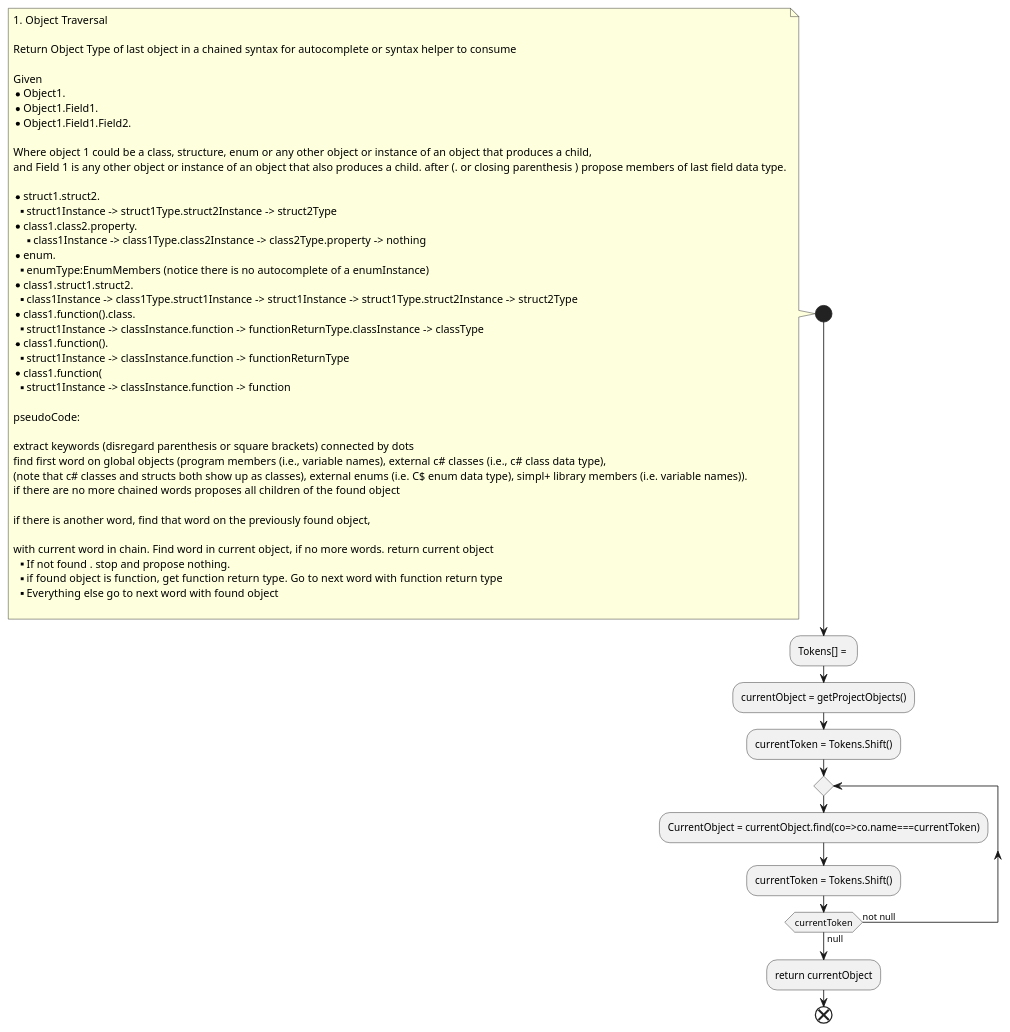
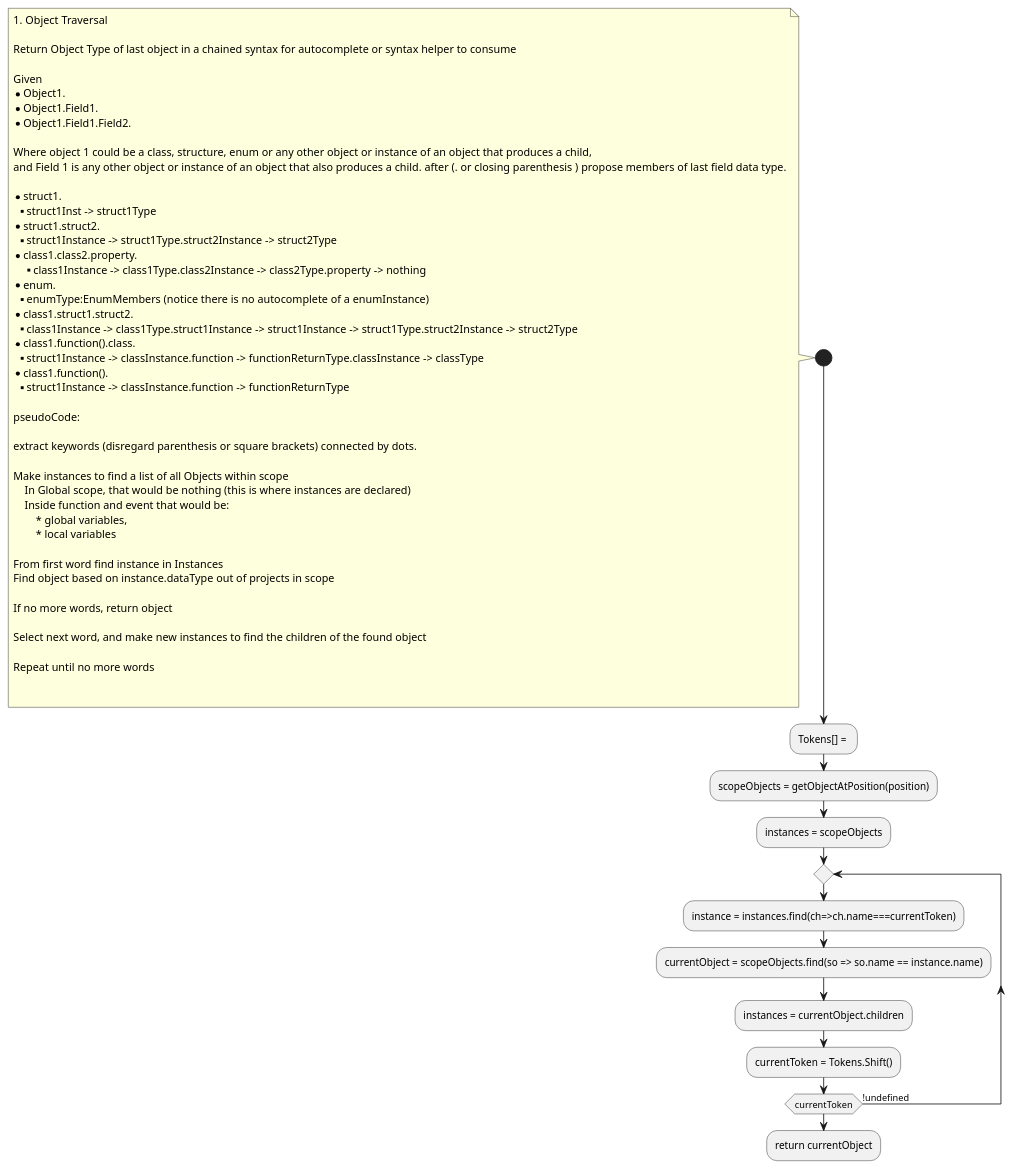
The diagram in UML/AutoComplete/ObjectTraversal.puml (alvaroyurrita/vscode-crestron-splus), drawn with PlantUML before and after one commit. The commit also changed 11 other files, not shown here.

```diff
--- a/UML/AutoComplete/ObjectTraversal.puml
+++ b/UML/AutoComplete/ObjectTraversal.puml
@@ -1,59 +1,65 @@
 @startuml ObjectTraversal
 
 start
 note left
     # Object Traversal
 
     Return Object Type of last object in a chained syntax for autocomplete or syntax helper to consume
 
     Given
     * Object1.
     * Object1.Field1.
     * Object1.Field1.Field2.
 
     Where object 1 could be a class, structure, enum or any other object or instance of an object that produces a child,
     and Field 1 is any other object or instance of an object that also produces a child. after (. or closing parenthesis ) propose members of last field data type.
 
+    * struct1.
+    ** struct1Inst -> struct1Type
     * struct1.struct2.
     ** struct1Instance -> struct1Type.struct2Instance -> struct2Type
     * class1.class2.property.
     *** class1Instance -> class1Type.class2Instance -> class2Type.property -> nothing
     * enum.
     ** enumType:EnumMembers (notice there is no autocomplete of a enumInstance)
     * class1.struct1.struct2.
     ** class1Instance -> class1Type.struct1Instance -> struct1Instance -> struct1Type.struct2Instance -> struct2Type
     * class1.function().class.
     ** struct1Instance -> classInstance.function -> functionReturnType.classInstance -> classType
     * class1.function().
     ** struct1Instance -> classInstance.function -> functionReturnType
-    * class1.function(
-    ** struct1Instance -> classInstance.function -> function
 
     pseudoCode:
 
-    extract keywords (disregard parenthesis or square brackets) connected by dots
-    find first word on global objects (program members (i.e., variable names), external c# classes (i.e., c# class data type), 
-    (note that c# classes and structs both show up as classes), external enums (i.e. C$ enum data type), simpl+ library members (i.e. variable names)).
-    if there are no more chained words proposes all children of the found object
+    extract keywords (disregard parenthesis or square brackets) connected by dots.
 
-    if there is another word, find that word on the previously found object,
+    Make instances to find a list of all Objects within scope
+        In Global scope, that would be nothing (this is where instances are declared)
+        Inside function and event that would be:
+            * global variables,
+            * local variables
+    
+    From first word find instance in Instances
+    Find object based on instance.dataType out of projects in scope
 
-    with current word in chain. Find word in current object, if no more words. return current object
-    ** If not found . stop and propose nothing.
-    ** if found object is function, get function return type.  Go to next word with function return type
-    ** Everything else go to next word with found object
+    If no more words, return object
+
+    Select next word, and make new instances to find the children of the found object
+
+    Repeat until no more words
+
 
 end note
 :Tokens[] = ;
-:currentObject = getProjectObjects();
-:currentToken = Tokens.Shift();
-repeat 
-:CurrentObject = currentObject.find(co=>co.name===currentToken);
-:currentToken = Tokens.Shift();
-repeat while (currentToken) is (not null) not (null)
+:scopeObjects = getObjectAtPosition(position);
+:instances = scopeObjects;
+repeat
+    :instance = instances.find(ch=>ch.name===currentToken);
+    :currentObject = scopeObjects.find(so => so.name == instance.name);
+    :instances = currentObject.children;
+    :currentToken = Tokens.Shift();
+repeat while (currentToken) is (!undefined)
 :return currentObject;
-
-end
 
 
 @enduml
```
